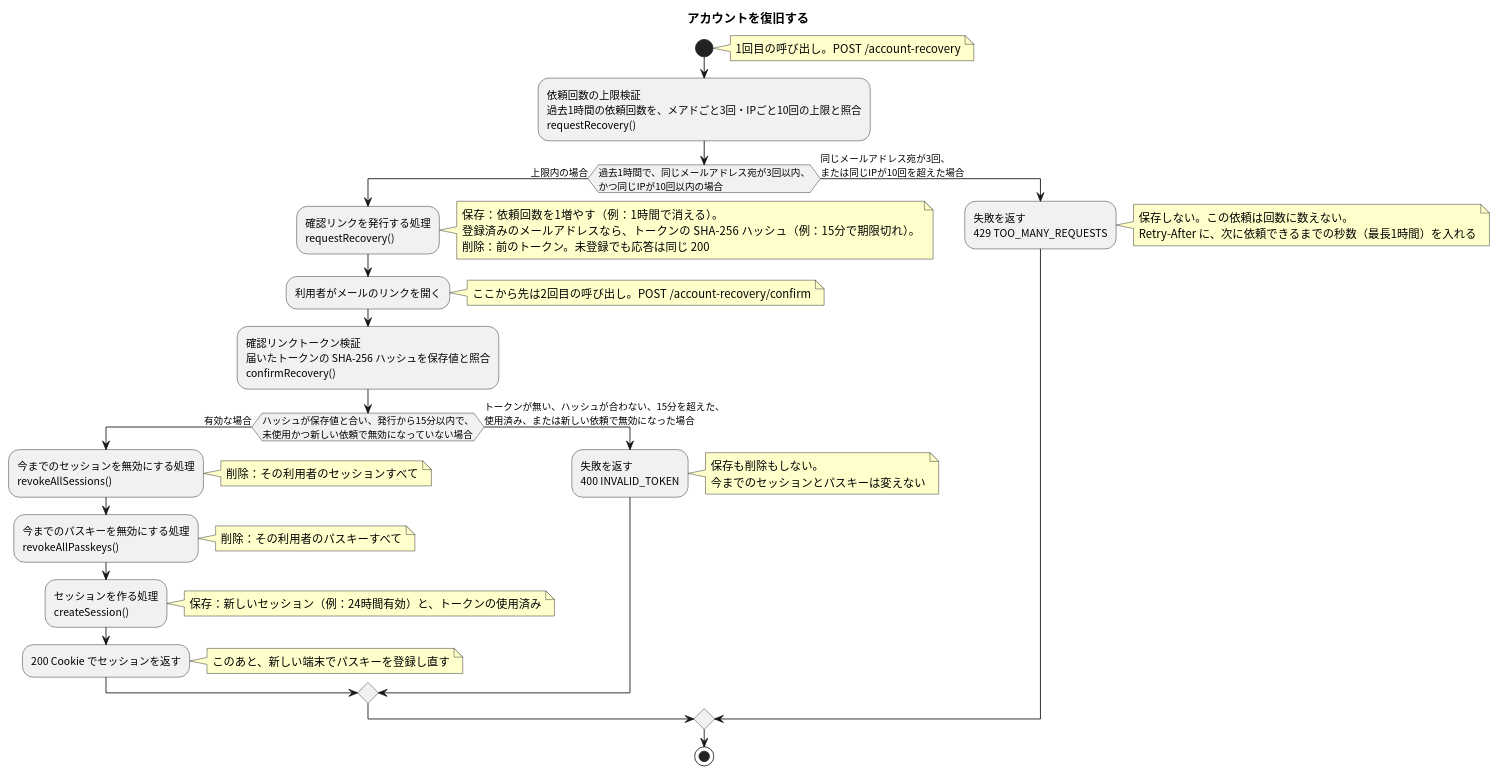
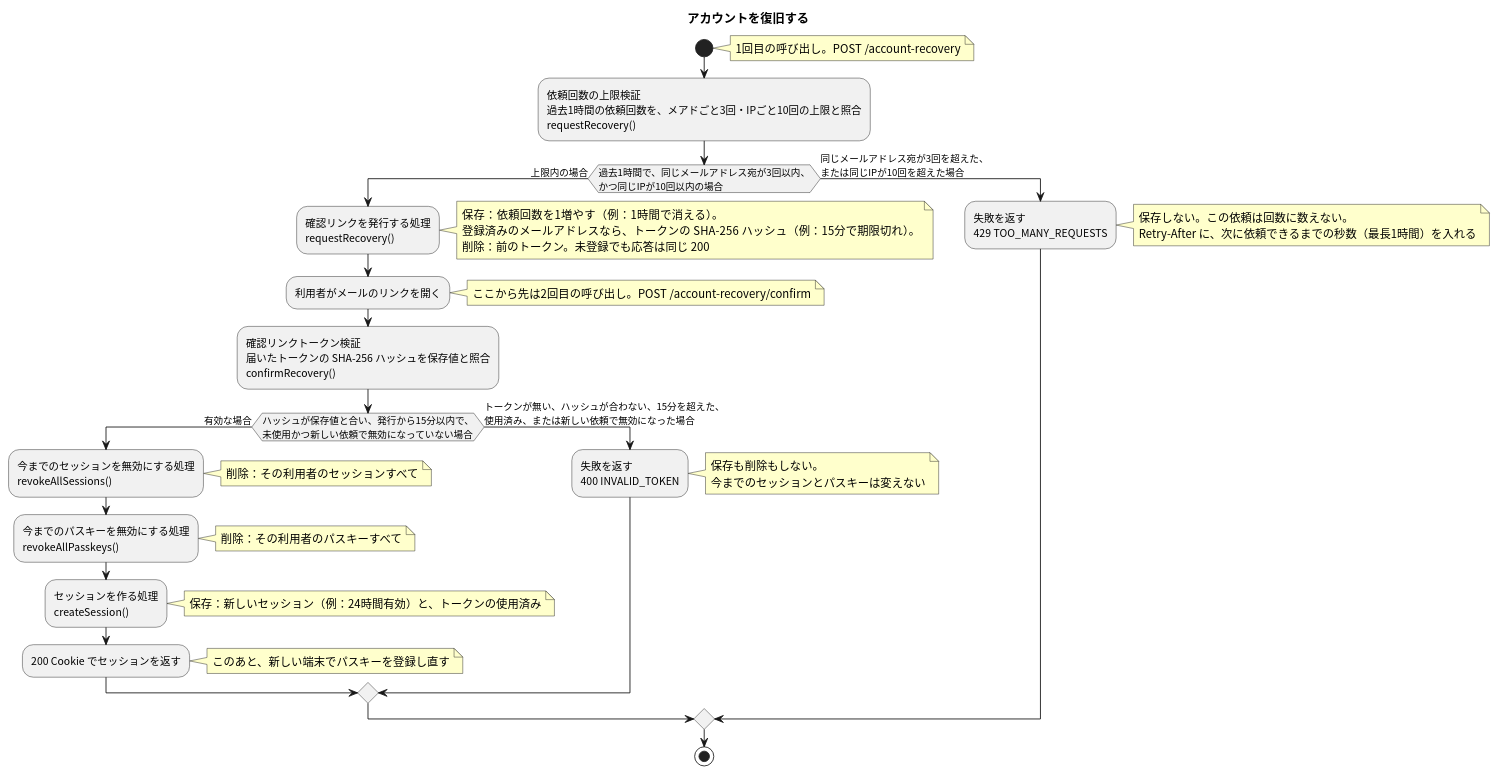
Before and after one commit to masamasamasato/design-doc-template: the diagram in apis/recover-account/flow.puml, drawn with PlantUML. The commit also changed 34 other files, not shown here.

```diff
--- a/apis/recover-account/flow.puml
+++ b/apis/recover-account/flow.puml
@@ -3,36 +3,36 @@
 @startuml
 skinparam shadowing false
 skinparam defaultFontName "Noto Sans CJK JP"
 skinparam ActivityFontName "Noto Sans CJK JP"
 skinparam NoteBackgroundColor #FFFFCC
 
 title アカウントを復旧する
 
 start
 note right: 1回目の呼び出し。POST /account-recovery
 :依頼回数の上限検証\n過去1時間の依頼回数を、メアドごと3回・IPごと10回の上限と照合\nrequestRecovery();
 if (過去1時間で、同じメールアドレス宛が3回以内、\nかつ同じIPが10回以内の場合) then (上限内の場合)
   :確認リンクを発行する処理\nrequestRecovery();
   note right: 保存：依頼回数を1増やす（例：1時間で消える）。\n登録済みのメールアドレスなら、トークンの SHA-256 ハッシュ（例：15分で期限切れ）。\n削除：前のトークン。未登録でも応答は同じ 200
   :利用者がメールのリンクを開く;
   note right: ここから先は2回目の呼び出し。POST /account-recovery/confirm
   :確認リンクトークン検証\n届いたトークンの SHA-256 ハッシュを保存値と照合\nconfirmRecovery();
   if (ハッシュが保存値と合い、発行から15分以内で、\n未使用かつ新しい依頼で無効になっていない場合) then (有効な場合)
     :今までのセッションを無効にする処理\nrevokeAllSessions();
     note right: 削除：その利用者のセッションすべて
     :今までのパスキーを無効にする処理\nrevokeAllPasskeys();
     note right: 削除：その利用者のパスキーすべて
     :セッションを作る処理\ncreateSession();
     note right: 保存：新しいセッション（例：24時間有効）と、トークンの使用済み
     :200 Cookie でセッションを返す;
     note right: このあと、新しい端末でパスキーを登録し直す
   else (トークンが無い、ハッシュが合わない、15分を超えた、\n使用済み、または新しい依頼で無効になった場合)
     :失敗を返す\n400 INVALID_TOKEN;
     note right: 保存も削除もしない。\n今までのセッションとパスキーは変えない
   endif
-else (同じメールアドレス宛が3回、\nまたは同じIPが10回を超えた場合)
+else (同じメールアドレス宛が3回を超えた、\nまたは同じIPが10回を超えた場合)
   :失敗を返す\n429 TOO_MANY_REQUESTS;
   note right: 保存しない。この依頼は回数に数えない。\nRetry-After に、次に依頼できるまでの秒数（最長1時間）を入れる
 endif
 stop
 @enduml
```
